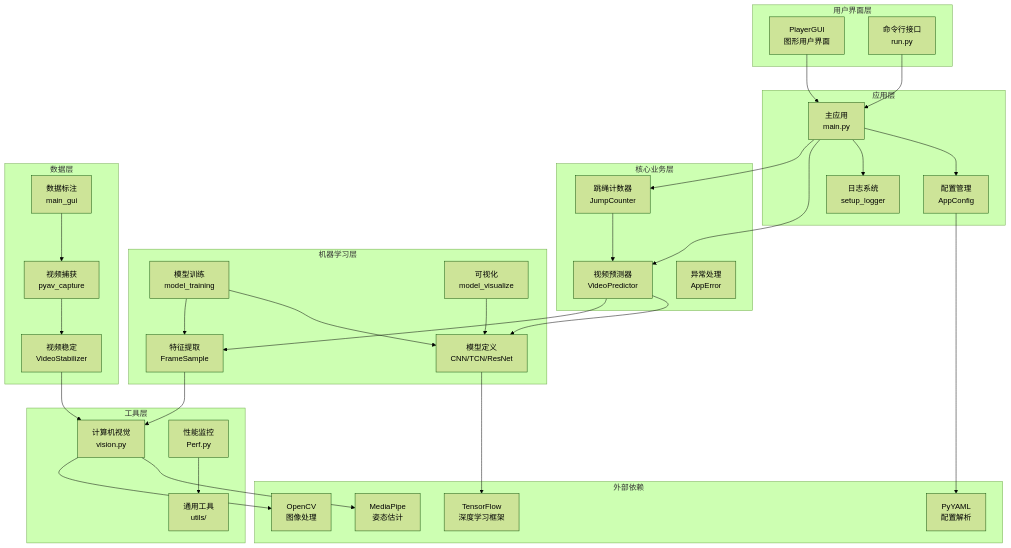
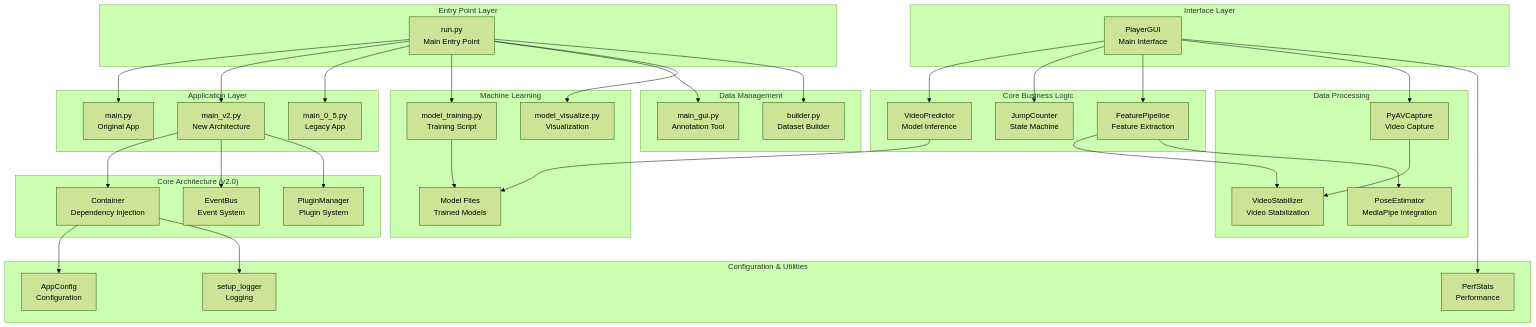
One commit to franciszero/RopeJumpCounter changed the first of 10 diagrams in docs/ARCHITECTURE.md. Above: the diagram before and after it, drawn with Mermaid (forest theme). The commit also changed other lines of this file and 289 other files, not shown here.

````diff
--- a/docs/ARCHITECTURE.md
+++ b/docs/ARCHITECTURE.md
@@ -5,75 +5,85 @@
 ```mermaid
 graph TB
-    subgraph "用户界面层"
-        GUI[PlayerGUI<br/>图形用户界面]
-        CLI[命令行接口<br/>run.py]
+    subgraph "Entry Point Layer"
+        RUN[run.py<br/>Main Entry Point]
     end
     
-    subgraph "应用层"
-        APP[主应用<br/>main.py]
-        CONFIG[配置管理<br/>AppConfig]
-        LOGGER[日志系统<br/>setup_logger]
+    subgraph "Application Layer"
+        MAIN[main.py<br/>Original App]
+        MAINV2[main_v2.py<br/>New Architecture]
+        LEGACY[main_0_5.py<br/>Legacy App]
     end
     
-    subgraph "核心业务层"
-        PREDICTOR[视频预测器<br/>VideoPredictor]
-        COUNTER[跳绳计数器<br/>JumpCounter]
-        EXCEPTIONS[异常处理<br/>AppError]
+    subgraph "Core Architecture (v2.0)"
+        CONTAINER[Container<br/>Dependency Injection]
+        EVENTBUS[EventBus<br/>Event System]
+        PLUGIN[PluginManager<br/>Plugin System]
     end
     
-    subgraph "机器学习层"
-        MODELS[模型定义<br/>CNN/TCN/ResNet]
-        TRAINING[模型训练<br/>model_training]
-        FEATURES[特征提取<br/>FrameSample]
-        VIZ[可视化<br/>model_visualize]
+    subgraph "Interface Layer"
+        GUI[PlayerGUI<br/>Main Interface]
     end
     
-    subgraph "数据层"
-        CAPTURE[视频捕获<br/>pyav_capture]
-        STABILIZER[视频稳定<br/>VideoStabilizer]
-        LABELING[数据标注<br/>main_gui]
+    subgraph "Core Business Logic"
+        PREDICTOR[VideoPredictor<br/>Model Inference]
+        COUNTER[JumpCounter<br/>State Machine]
+        FEATURE[FeaturePipeline<br/>Feature Extraction]
     end
     
-    subgraph "工具层"
-        VISION[计算机视觉<br/>vision.py]
-        PERF[性能监控<br/>Perf.py]
-        UTILS[通用工具<br/>utils/]
+    subgraph "Data Processing"
+        CAPTURE[PyAVCapture<br/>Video Capture]
+        STABILIZER[VideoStabilizer<br/>Video Stabilization]
+        POSE[PoseEstimator<br/>MediaPipe Integration]
     end
     
-    subgraph "外部依赖"
-        TF[TensorFlow<br/>深度学习框架]
-        MP[MediaPipe<br/>姿态估计]
-        CV[OpenCV<br/>图像处理]
-        YAML[PyYAML<br/>配置解析]
+    subgraph "Machine Learning"
+        MODELS[Model Files<br/>Trained Models]
+        TRAINING[model_training.py<br/>Training Script]
+        VIZ[model_visualize.py<br/>Visualization]
     end
     
-    %% 连接关系
-    GUI --> APP
-    CLI --> APP
-    APP --> CONFIG
-    APP --> LOGGER
-    APP --> PREDICTOR
-    APP --> COUNTER
+    subgraph "Data Management"
+        LABELING[main_gui.py<br/>Annotation Tool]
+        BUILDER[builder.py<br/>Dataset Builder]
+    end
     
+    subgraph "Configuration & Utilities"
+        CONFIG[AppConfig<br/>Configuration]
+        LOGGER[setup_logger<br/>Logging]
+        PERF[PerfStats<br/>Performance]
+    end
+    
+    %% Entry point connections
+    RUN --> MAIN
+    RUN --> MAINV2
+    RUN --> LEGACY
+    RUN --> TRAINING
+    RUN --> LABELING
+    RUN --> VIZ
+    RUN --> BUILDER
+    
+    %% v2.0 architecture connections
+    MAINV2 --> CONTAINER
+    MAINV2 --> EVENTBUS
+    MAINV2 --> PLUGIN
+    
+    %% Core business logic
+    GUI --> PREDICTOR
+    GUI --> COUNTER
+    GUI --> FEATURE
+    GUI --> CAPTURE
+    
+    %% Data processing pipeline
+    FEATURE --> STABILIZER
+    FEATURE --> POSE
+    CAPTURE --> STABILIZER
+    
+    %% ML connections
     PREDICTOR --> MODELS
-    PREDICTOR --> FEATURES
-    COUNTER --> PREDICTOR
+    TRAINING --> MODELS
     
-    FEATURES --> VISION
-    VISION --> MP
-    VISION --> CV
-    
-    CAPTURE --> STABILIZER
-    STABILIZER --> VISION
-    
-    TRAINING --> MODELS
-    TRAINING --> FEATURES
-    VIZ --> MODELS
-    
-    LABELING --> CAPTURE
-    
-    MODELS --> TF
-    PERF --> UTILS
-    
-    CONFIG --> YAML
+    %% Configuration
+    CONTAINER --> CONFIG
+    CONTAINER --> LOGGER
+    GUI --> PERF
 ```
````
